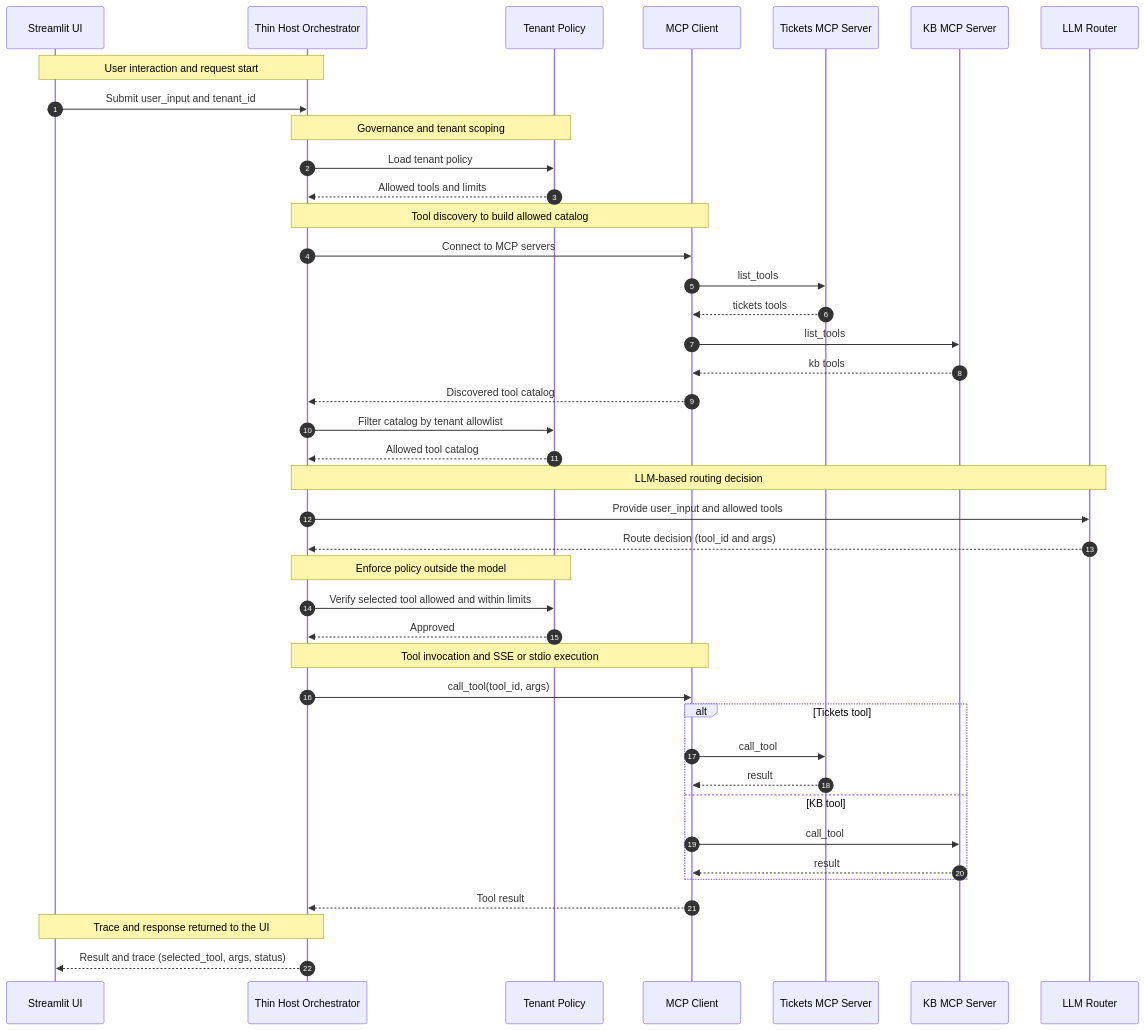
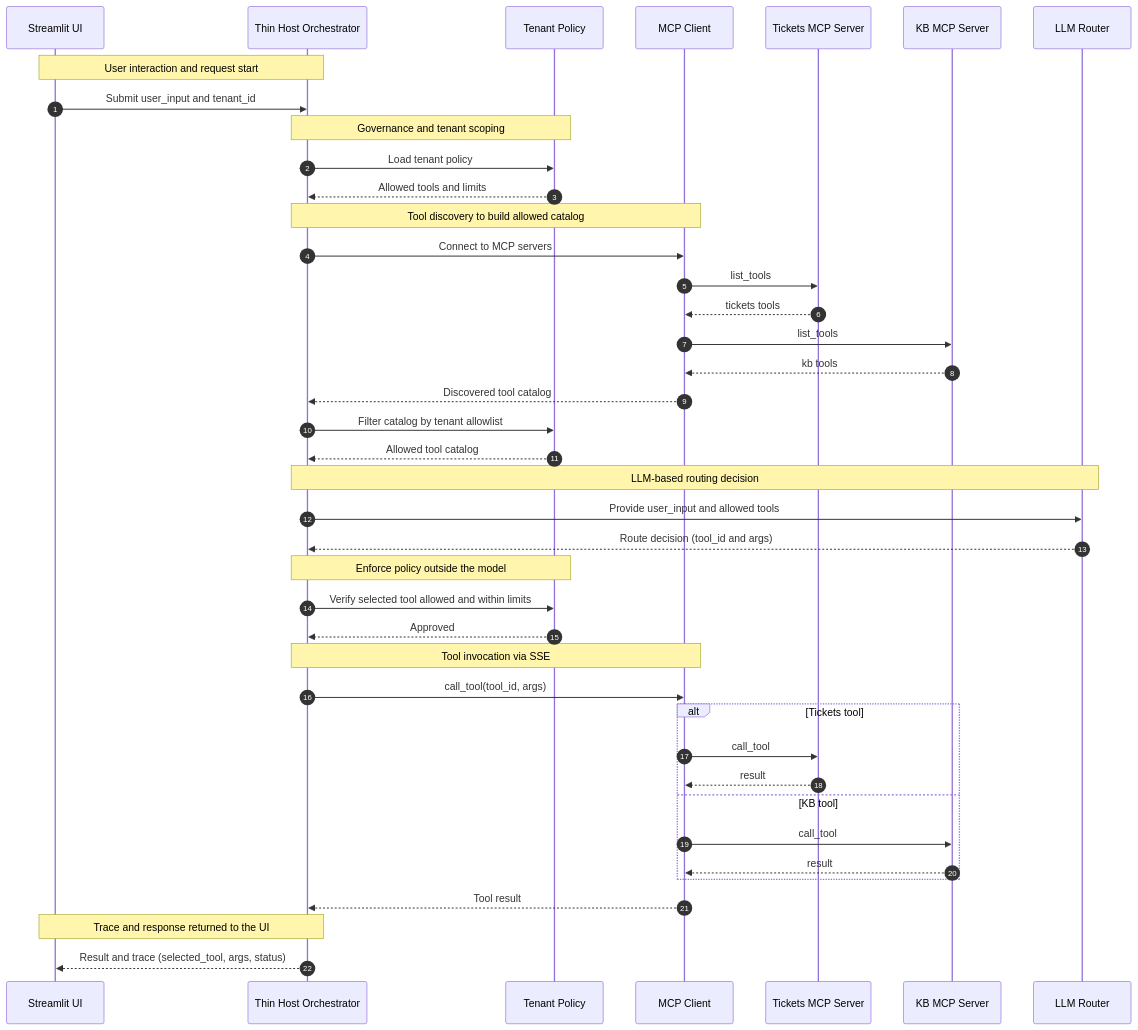
One commit to adamkicklighter/thin-mcp changed the diagram in lifecycle.md. Above: the diagram before and after it, drawn with Mermaid. The commit also changed 3 other files, not shown here.

````diff
--- a/lifecycle.md
+++ b/lifecycle.md
@@ -1,50 +1,50 @@
 ``` mermaid
 sequenceDiagram
   autonumber
   participant UI as Streamlit UI
   participant H as Thin Host Orchestrator
   participant P as Tenant Policy
   participant M as MCP Client
   participant TS as Tickets MCP Server
   participant KB as KB MCP Server
   participant L as LLM Router
 
   Note over UI,H: User interaction and request start
   UI->>H: Submit user_input and tenant_id
 
   Note over H,P: Governance and tenant scoping
   H->>P: Load tenant policy
   P-->>H: Allowed tools and limits
 
   Note over H,M: Tool discovery to build allowed catalog
   H->>M: Connect to MCP servers
   M->>TS: list_tools
   TS-->>M: tickets tools
   M->>KB: list_tools
   KB-->>M: kb tools
   M-->>H: Discovered tool catalog
   H->>P: Filter catalog by tenant allowlist
   P-->>H: Allowed tool catalog
 
   Note over H,L: LLM-based routing decision
   H->>L: Provide user_input and allowed tools
   L-->>H: Route decision (tool_id and args)
 
   Note over H,P: Enforce policy outside the model
   H->>P: Verify selected tool allowed and within limits
   P-->>H: Approved
 
-  Note over H,M: Tool invocation and SSE or stdio execution
+  Note over H,M: Tool invocation via SSE
   H->>M: call_tool(tool_id, args)
   alt Tickets tool
     M->>TS: call_tool
     TS-->>M: result
   else KB tool
     M->>KB: call_tool
     KB-->>M: result
   end
   M-->>H: Tool result
 
   Note over H,UI: Trace and response returned to the UI
   H-->>UI: Result and trace (selected_tool, args, status)
 ```
````
